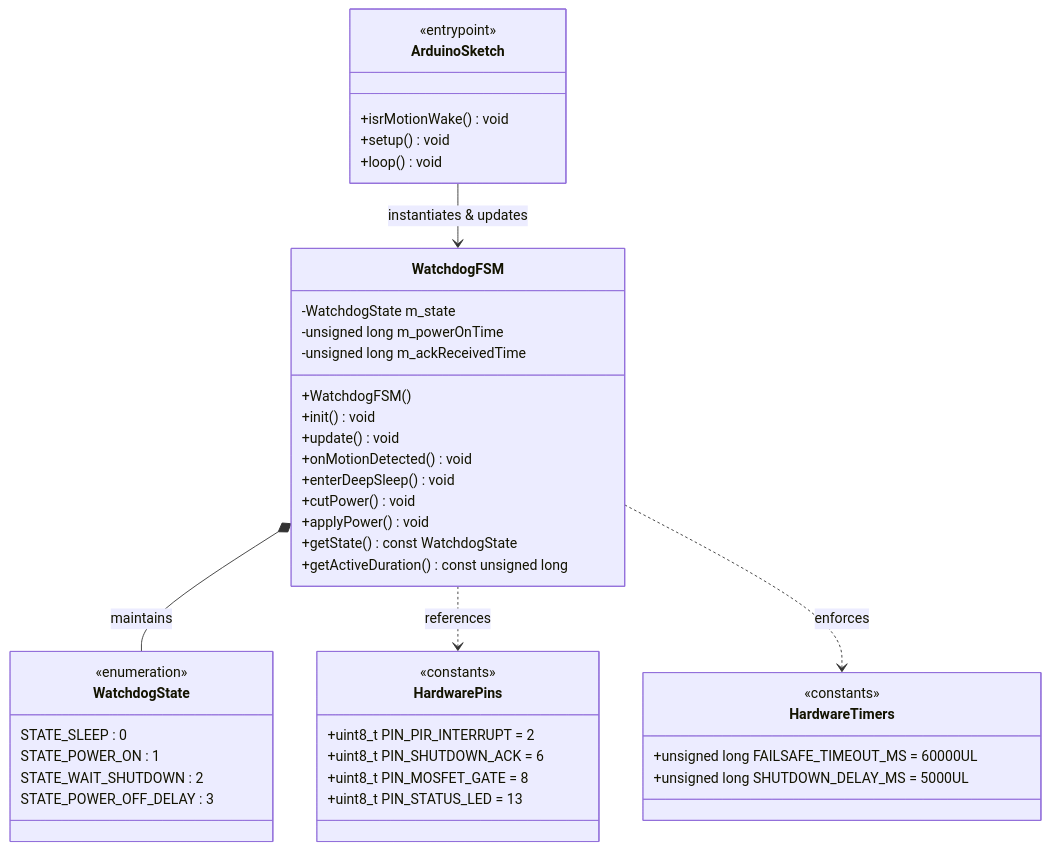
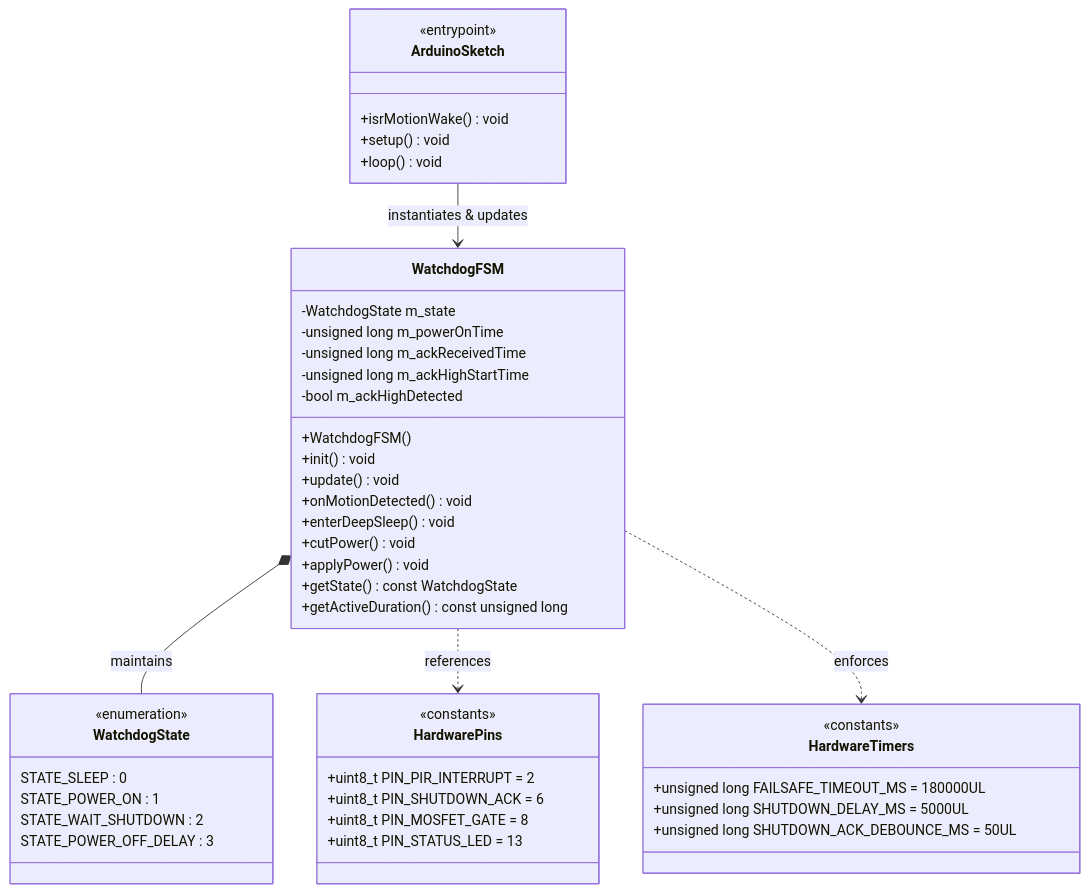
The first of 3 diagrams in Arduino_Nano/Arduino_Nano_README.md (kesterDL/embedded-wild-life-feeding-station), drawn with Mermaid before and after one commit. The commit also changed other lines of this file and 15 other files, not shown here.

````diff
--- a/Arduino_Nano/Arduino_Nano_README.md
+++ b/Arduino_Nano/Arduino_Nano_README.md
@@ -36,53 +36,56 @@
 ```mermaid
 classDiagram
     direction TB
 
     class WatchdogState {
         <<enumeration>>
         STATE_SLEEP : 0
         STATE_POWER_ON : 1
         STATE_WAIT_SHUTDOWN : 2
         STATE_POWER_OFF_DELAY : 3
     }
 
     class HardwarePins {
         <<constants>>
         +uint8_t PIN_PIR_INTERRUPT = 2
         +uint8_t PIN_SHUTDOWN_ACK = 6
         +uint8_t PIN_MOSFET_GATE = 8
         +uint8_t PIN_STATUS_LED = 13
     }
 
     class HardwareTimers {
         <<constants>>
-        +unsigned long FAILSAFE_TIMEOUT_MS = 60000UL
+        +unsigned long FAILSAFE_TIMEOUT_MS = 180000UL
         +unsigned long SHUTDOWN_DELAY_MS = 5000UL
+        +unsigned long SHUTDOWN_ACK_DEBOUNCE_MS = 50UL
     }
 
     class WatchdogFSM {
         -WatchdogState m_state
         -unsigned long m_powerOnTime
         -unsigned long m_ackReceivedTime
+        -unsigned long m_ackHighStartTime
+        -bool m_ackHighDetected
         +WatchdogFSM()
         +init() void
         +update() void
         +onMotionDetected() void
         +enterDeepSleep() void
         +cutPower() void
         +applyPower() void
         +getState() const WatchdogState
         +getActiveDuration() const unsigned long
     }
 
     class ArduinoSketch {
         <<entrypoint>>
         +isrMotionWake() void
         +setup() void
         +loop() void
     }
 
     WatchdogFSM *-- WatchdogState : maintains
     WatchdogFSM ..> HardwarePins : references
     WatchdogFSM ..> HardwareTimers : enforces
     ArduinoSketch --> WatchdogFSM : instantiates & updates
 ```
````
